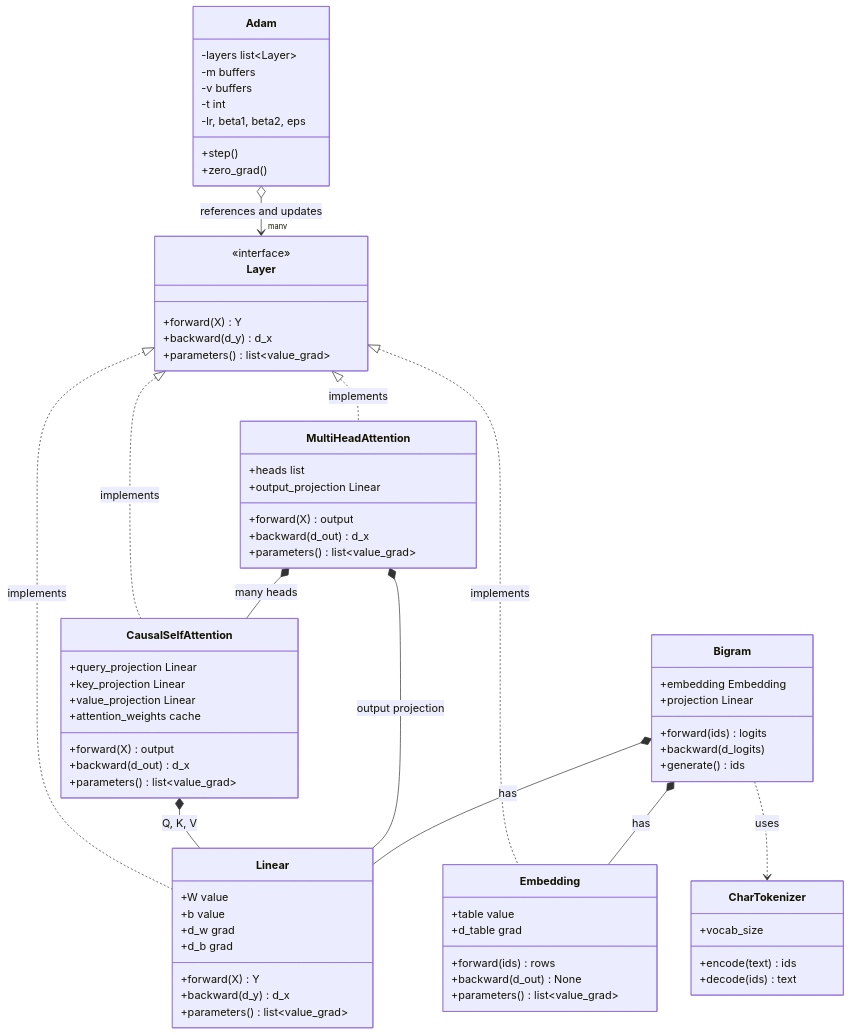
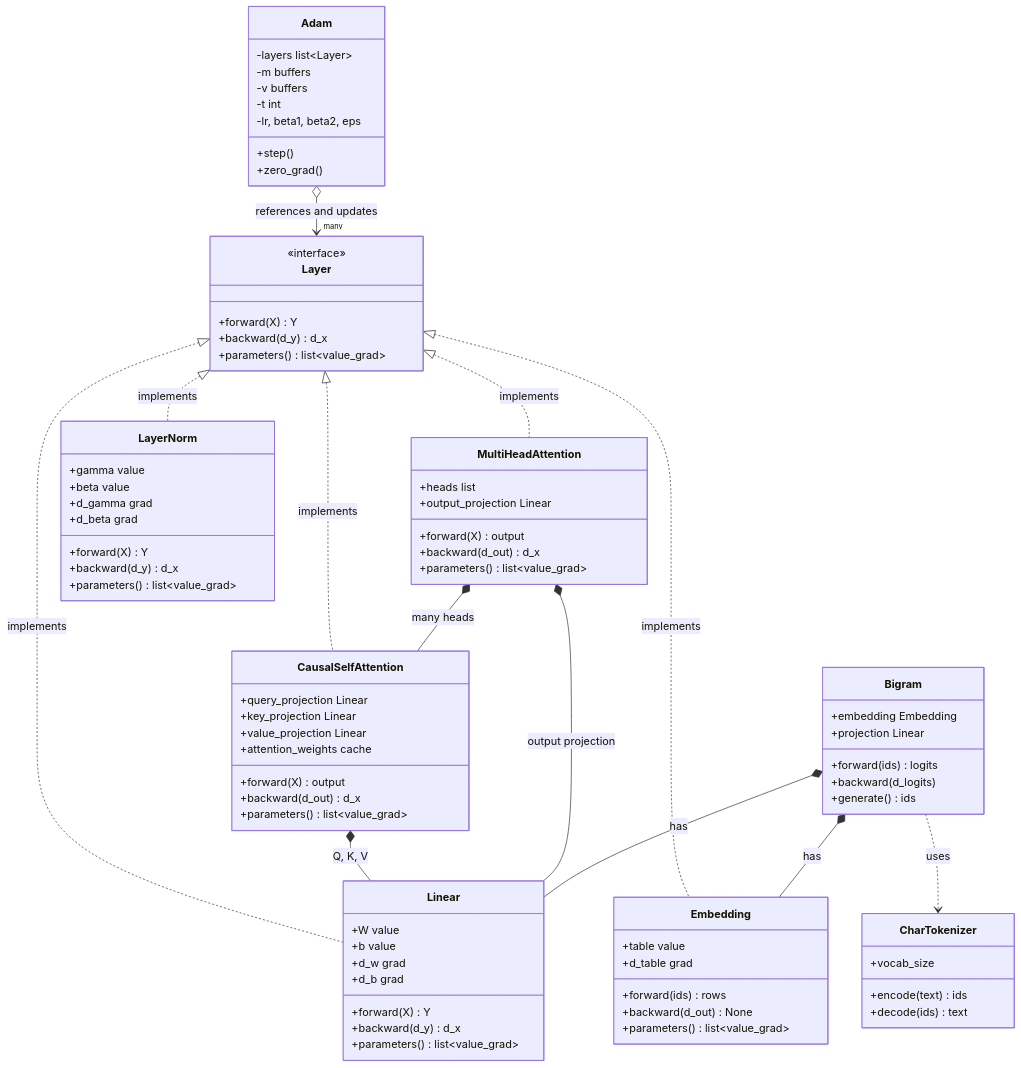
One commit to MustafaNatur/ML-coding-assignment changed the second of 3 diagrams in IMPLEMENTATION.md. Above: the diagram before and after it, drawn with Mermaid. The commit also changed other lines of this file and 1 other file, not shown here.

Commit message:
main: layer norm impl

```diff
--- a/IMPLEMENTATION.md
+++ b/IMPLEMENTATION.md
@@ -289,6 +306,15 @@
         +backward(d_out) d_x
         +parameters() list~value_grad~
     }
+    class LayerNorm {
+        +gamma value
+        +beta value
+        +d_gamma grad
+        +d_beta grad
+        +forward(X) Y
+        +backward(d_y) d_x
+        +parameters() list~value_grad~
+    }
     class Bigram {
         +embedding Embedding
         +projection Linear
@@ -300,6 +326,7 @@
     Layer <|.. Embedding : implements
     Layer <|.. CausalSelfAttention : implements
     Layer <|.. MultiHeadAttention : implements
+    Layer <|.. LayerNorm : implements
     CausalSelfAttention *-- Linear : Q, K, V
     MultiHeadAttention *-- CausalSelfAttention : many heads
     MultiHeadAttention *-- Linear : output projection
```
